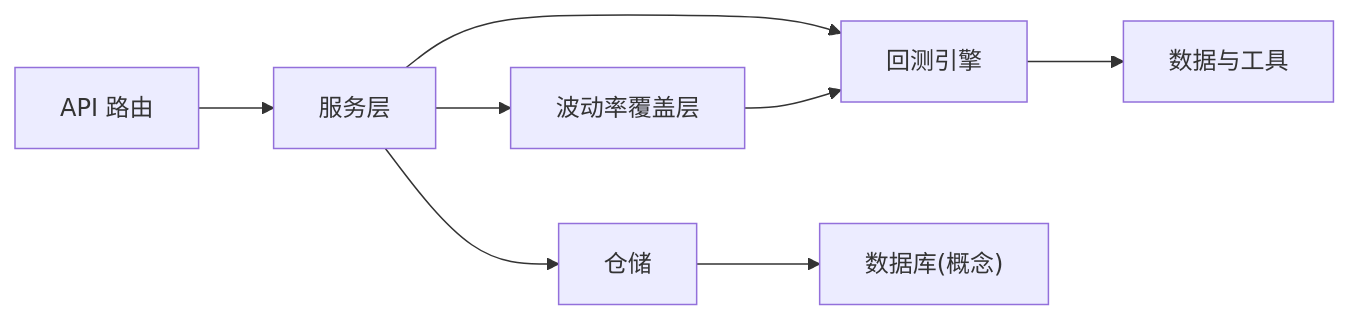
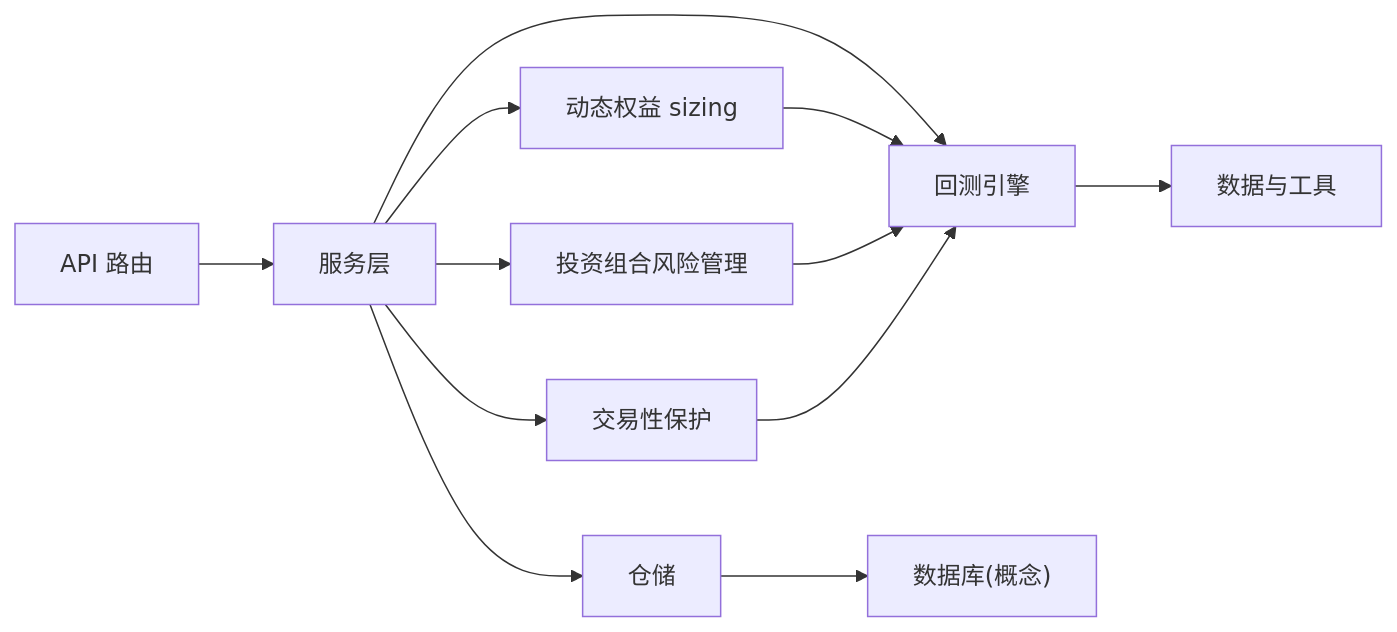
The tenth of 10 diagrams in .qoder/repowiki/zh/content/交易策略系统/回测引擎/回测引擎.md (anYaoooo/daily_stock_analysis), drawn with Mermaid before and after one commit. The commit also changed other lines of this file and 140 other files, not shown here.

````diff
--- a/.qoder/repowiki/zh/content/交易策略系统/回测引擎/回测引擎.md
+++ b/.qoder/repowiki/zh/content/交易策略系统/回测引擎/回测引擎.md
@@ -413,10 +507,14 @@
 ```mermaid
 graph LR
 API["API 路由"] --> SVC["服务层"]
 SVC --> ENG["回测引擎"]
 SVC --> REPO["仓储"]
-SVC --> OVERLAY["波动率覆盖层"]
+SVC --> DYNAMIC["动态权益 sizing"]
+SVC --> RISK["投资组合风险管理"]
+SVC --> TRADEGUARD["交易性保护"]
 ENG --> DATA["数据与工具"]
 REPO --> DB["数据库(概念)"]
-OVERLAY --> ENG
+DYNAMIC --> ENG
+RISK --> ENG
+TRADEGUARD --> ENG
 ```
````
